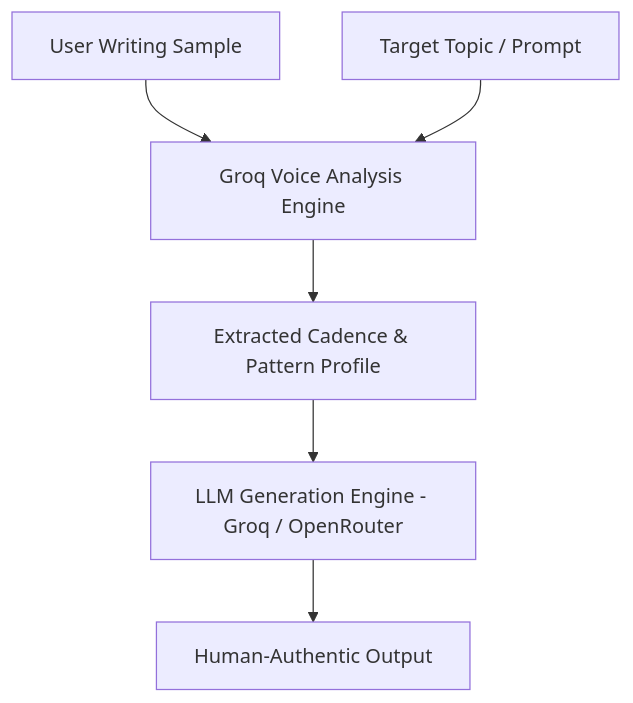
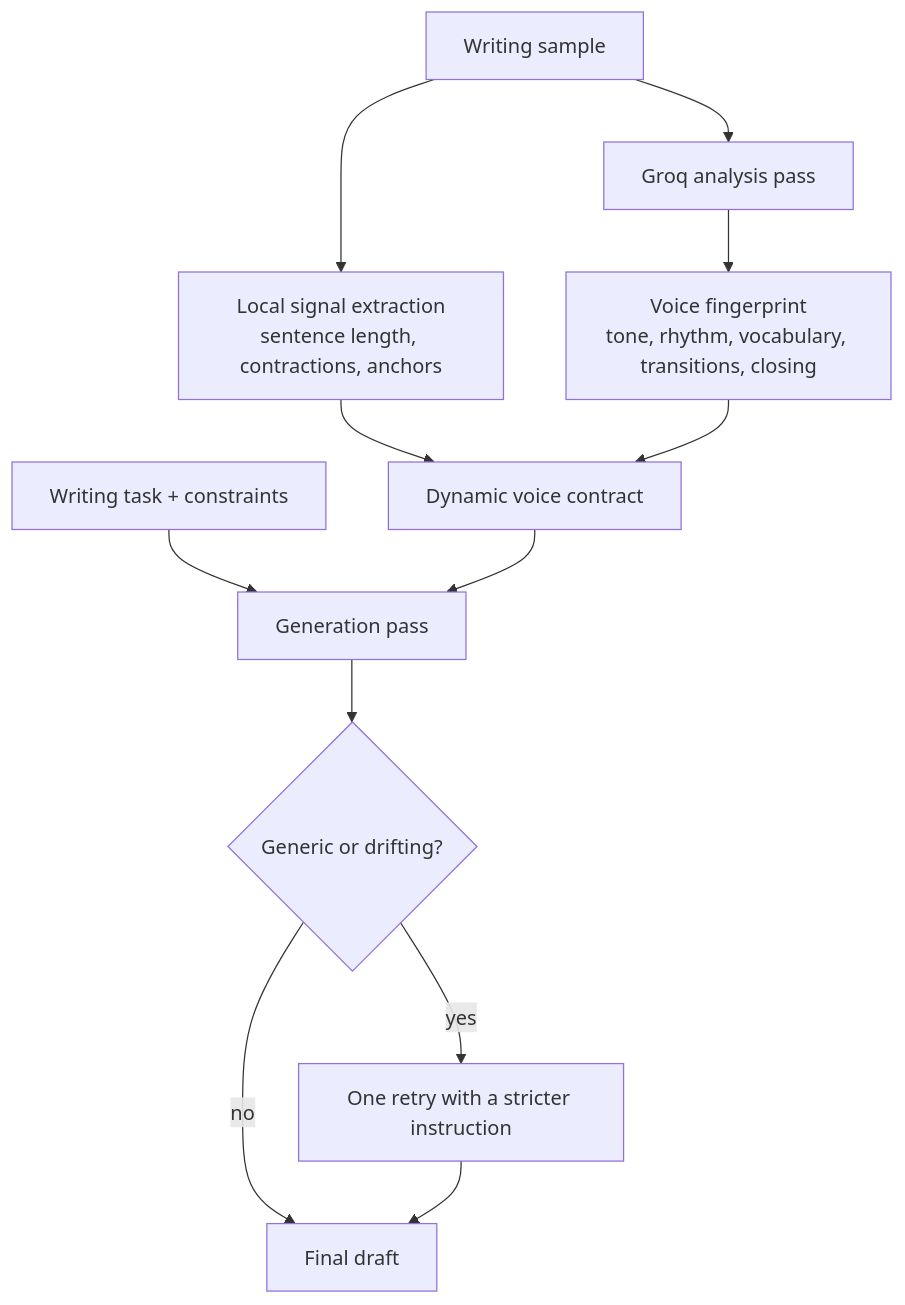
Before and after one commit to Diwak4r/Pryzmira: the first of 2 diagrams in README.md, drawn with Mermaid. The commit also changed other lines of this file and 51 other files, not shown here.

````diff
--- a/README.md
+++ b/README.md
@@ -22,10 +28,14 @@
 ```mermaid
 graph TD
-    UserSample[User Writing Sample] --> Encoder[Groq Voice Analysis Engine]
-    PromptReq[Target Topic / Prompt] --> Encoder
-    
-    Encoder --> SyntacticProfile[Extracted Cadence & Pattern Profile]
-    SyntacticProfile --> Generator[LLM Generation Engine - Groq / OpenRouter]
-    
-    Generator --> OutputText[Human-Authentic Output]
+    Sample[Writing sample] --> Signals[Local signal extraction<br/>sentence length, contractions, anchors]
+    Sample --> Analyzer[Groq analysis pass]
+    Analyzer --> Profile[Voice fingerprint<br/>tone, rhythm, vocabulary, transitions, closing]
+    Signals --> Contract[Dynamic voice contract]
+    Profile --> Contract
+    Task[Writing task + constraints] --> Generator[Generation pass]
+    Contract --> Generator
+    Generator --> Check{Generic or drifting?}
+    Check -- yes --> Retry[One retry with a stricter instruction]
+    Check -- no --> Output[Final draft]
+    Retry --> Output
 ```
````
